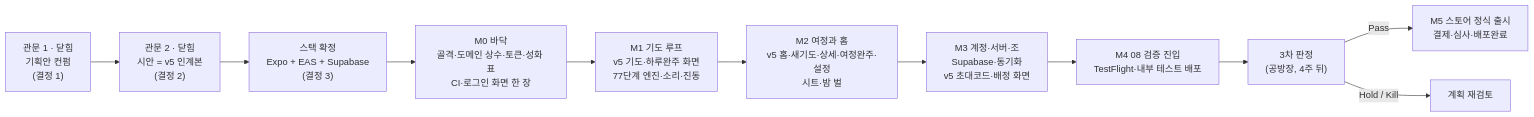
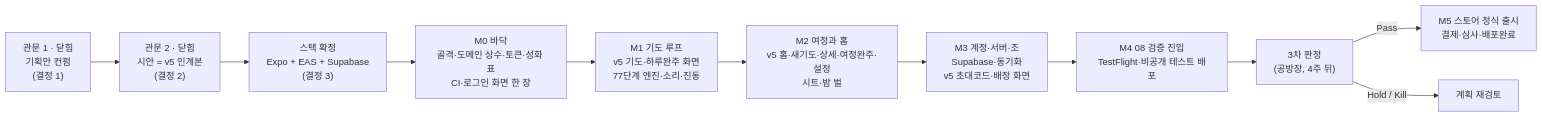
One commit to GeonwooKim-fitogether/My-Rosary-App changed the diagram in docs/plan/development-plan.md. Above: the diagram before and after it, drawn with Mermaid. The commit also changed other lines of this file and 1 other file, not shown here.

First line of the commit message:
docs: 구글 플레이 테스트 요건을 실제 정책으로 고친다 (12명 · 비공개 테스트)

````diff
--- a/docs/plan/development-plan.md
+++ b/docs/plan/development-plan.md
@@ -127,13 +127,13 @@
 ```mermaid
 flowchart LR
     G1["관문 1 · 닫힘<br/>기획안 컨펌<br/>(결정 1)"] --> G2["관문 2 · 닫힘<br/>시안 = v5 인계본<br/>(결정 2)"]
     G2 --> S["스택 확정<br/>Expo + EAS + Supabase<br/>(결정 3)"]
     S --> M0["M0 바닥<br/>골격·도메인 상수·토큰·성화 표<br/>CI·로그인 화면 한 장"]
     M0 --> M1["M1 기도 루프<br/>v5 기도·하루완주 화면<br/>77단계 엔진·소리·진동"]
     M1 --> M2["M2 여정과 홈<br/>v5 홈·새기도·상세·여정완주·설정<br/>시트·밤 벌"]
     M2 --> M3["M3 계정·서버·조<br/>Supabase·동기화<br/>v5 초대코드·배정 화면"]
-    M3 --> M4["M4 08 검증 진입<br/>TestFlight·내부 테스트 배포"]
+    M3 --> M4["M4 08 검증 진입<br/>TestFlight·비공개 테스트 배포"]
     M4 --> J["3차 판정<br/>(공방장, 4주 뒤)"]
     J -->|Pass| M5["M5 스토어 정식 출시<br/>결제·심사·배포완료"]
     J -->|Hold / Kill| X["계획 재검토"]
 ```
````
